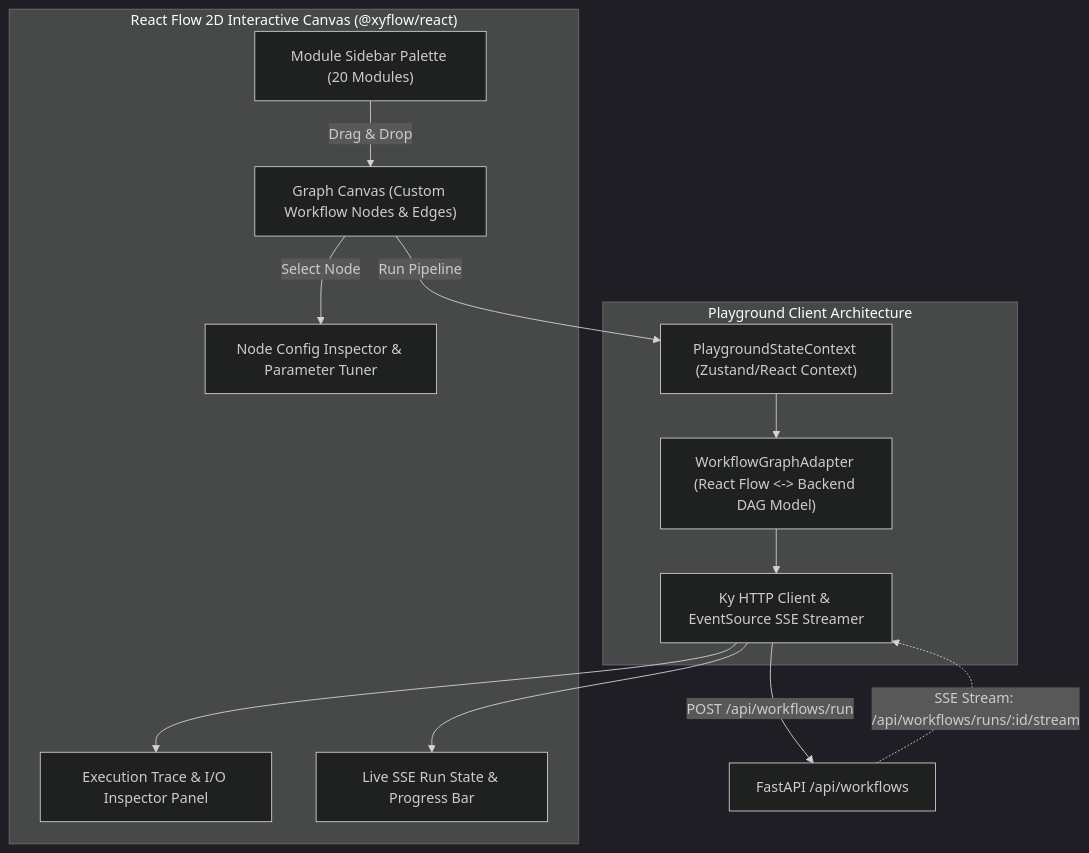
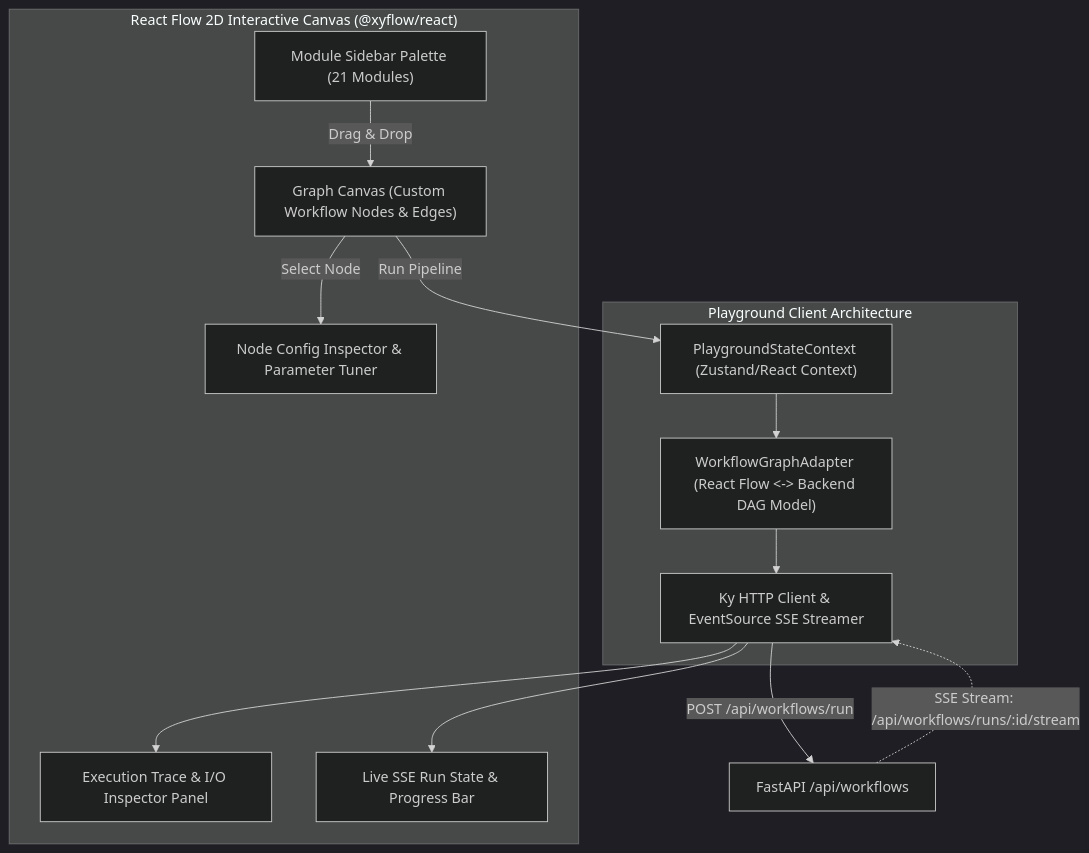
The first of 2 diagrams in docs/04_workspace_blueprints/BP-401_ws_pipeline_playground.md (bist-mini-final/bist-mini-final), drawn with Mermaid (dark theme) before and after one commit. The commit also changed other lines of this file and 4 other files, not shown here.

````diff
--- a/docs/04_workspace_blueprints/BP-401_ws_pipeline_playground.md
+++ b/docs/04_workspace_blueprints/BP-401_ws_pipeline_playground.md
@@ -11,26 +11,26 @@
 ```mermaid
 flowchart TB
     subgraph UI_Canvas ["React Flow 2D Interactive Canvas (@xyflow/react)"]
-        PALETTE["Module Sidebar Palette (20 Modules)"]
+        PALETTE["Module Sidebar Palette (21 Modules)"]
         CANVAS["Graph Canvas (Custom Workflow Nodes & Edges)"]
         INSPECTOR["Node Config Inspector & Parameter Tuner"]
         TRACE_PANEL["Execution Trace & I/O Inspector Panel"]
         SSE_BAR["Live SSE Run State & Progress Bar"]
     end
 
     subgraph ClientServices ["Playground Client Architecture"]
         CTX["PlaygroundStateContext (Zustand/React Context)"]
         ADAPTER["WorkflowGraphAdapter (React Flow <-> Backend DAG Model)"]
         API_CLIENT["Ky HTTP Client & EventSource SSE Streamer"]
     end
 
     PALETTE -->|Drag & Drop| CANVAS
     CANVAS -->|Select Node| INSPECTOR
     CANVAS -->|Run Pipeline| CTX
     CTX --> ADAPTER
     ADAPTER --> API_CLIENT
     API_CLIENT -->|POST /api/workflows/run| BACKEND["FastAPI /api/workflows"]
     BACKEND -.->|"SSE Stream: /api/workflows/runs/:id/stream"| API_CLIENT
     API_CLIENT --> SSE_BAR
     API_CLIENT --> TRACE_PANEL
 ```
````
